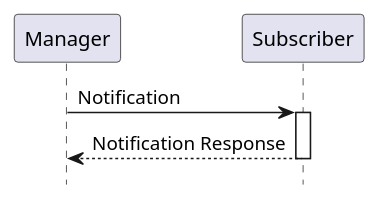
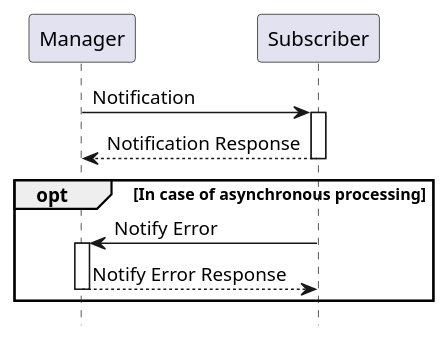
Before and after one commit to IHE/RAD.IRA: the diagram in input/images-source/rad-x9-seq.plantuml, drawn with PlantUML. The commit also changed 1 other file, not shown here.

Commit message:
Moved the syncerror from Subscriber to RAD-X9 as a normal async error response for any event.

```diff
--- a/input/images-source/rad-x9-seq.plantuml
+++ b/input/images-source/rad-x9-seq.plantuml
@@ -1,13 +1,20 @@
 @startuml
 
 hide footbox
 
 participant "Manager" as Manager
 participant "Subscriber" as Subscriber
 
 Manager->Subscriber: Notification
 activate Subscriber
 Subscriber-->Manager: Notification Response
 deactivate Subscriber
 
+opt In case of asynchronous processing
+Subscriber->Manager: Notify Error
+activate Manager
+Manager-->Subscriber: Notify Error Response
+deactivate Manager
+end
+
 @enduml
```
